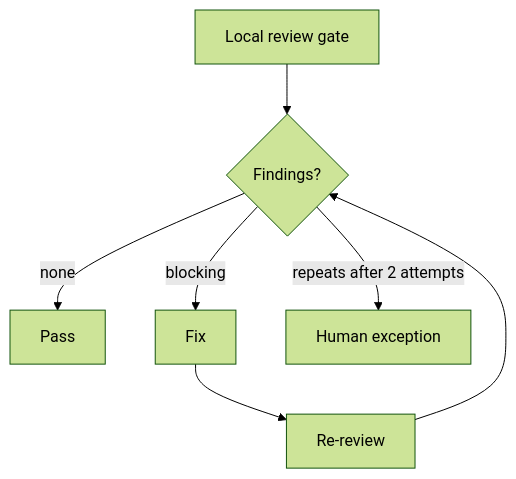
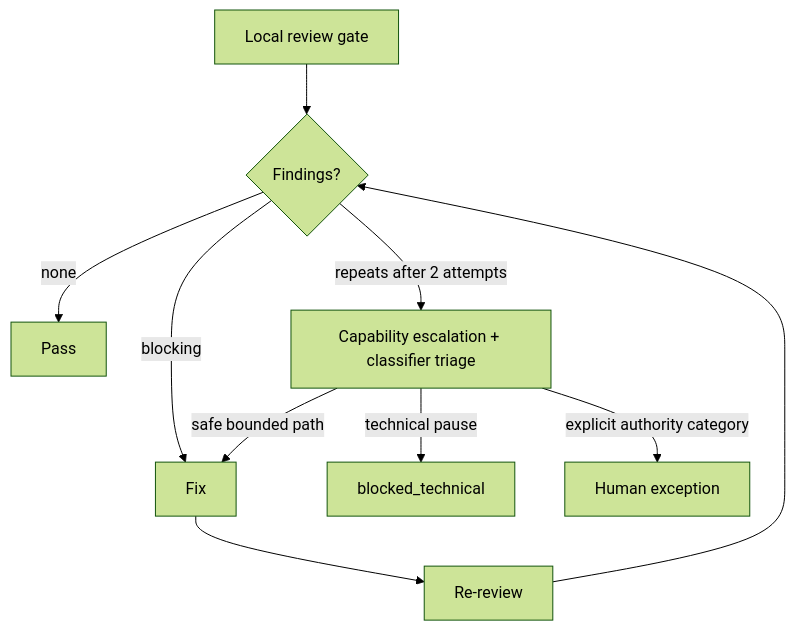
One commit to RasmusTho/agentic-pkm-mvp changed diagram 13 of 23 in docs/development/BUILDER_SYSTEM_PROCESS_MAP.md. Above: the diagram before and after it, drawn with Mermaid (forest theme). The commit also changed other lines of this file and 2 other files, not shown here.

Commit message:
Route repeated review findings through triage

````diff
--- a/docs/development/BUILDER_SYSTEM_PROCESS_MAP.md
+++ b/docs/development/BUILDER_SYSTEM_PROCESS_MAP.md
@@ -467,9 +467,12 @@
 ```mermaid
 flowchart TD
   Review["Local review gate"] --> Findings{"Findings?"}
   Findings -->|none| Pass["Pass"]
   Findings -->|blocking| Fix["Fix"]
   Fix --> ReReview["Re-review"]
   ReReview --> Findings
-  Findings -->|repeats after 2 attempts| Human["Human exception"]
+  Findings -->|repeats after 2 attempts| Triage["Capability escalation + classifier triage"]
+  Triage -->|safe bounded path| Fix
+  Triage -->|technical pause| Block["blocked_technical"]
+  Triage -->|explicit authority category| Human["Human exception"]
 ```
````
